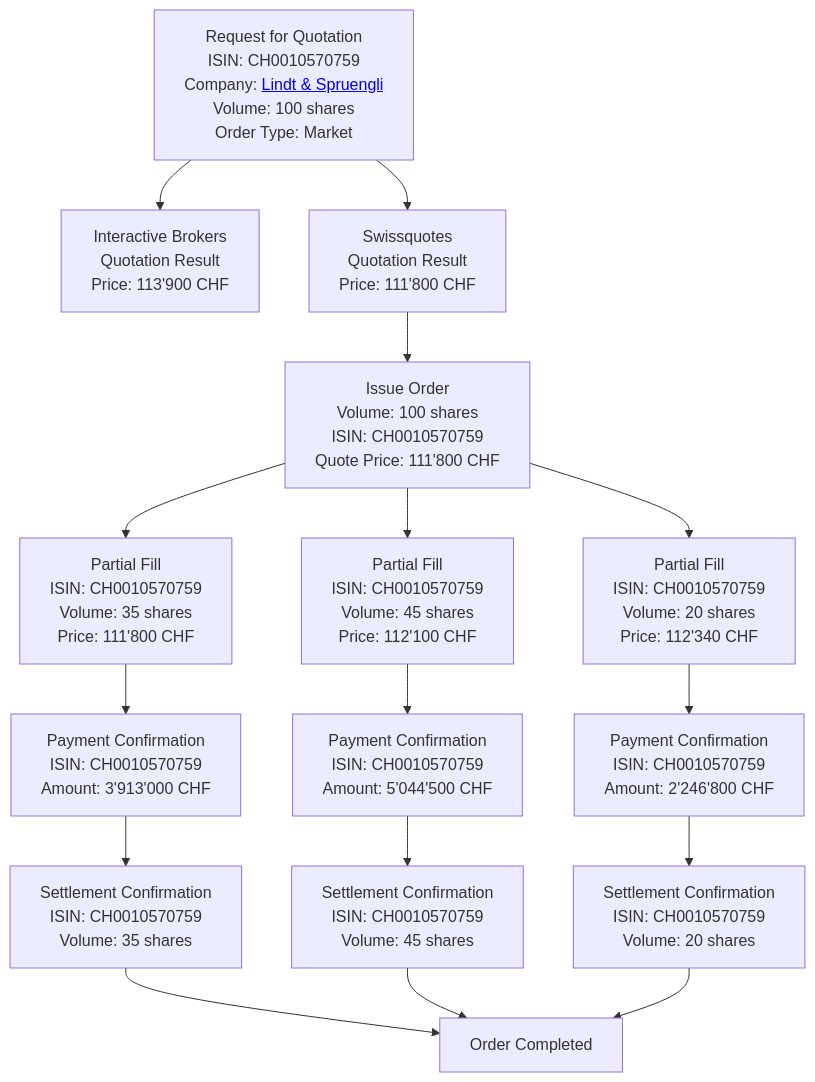
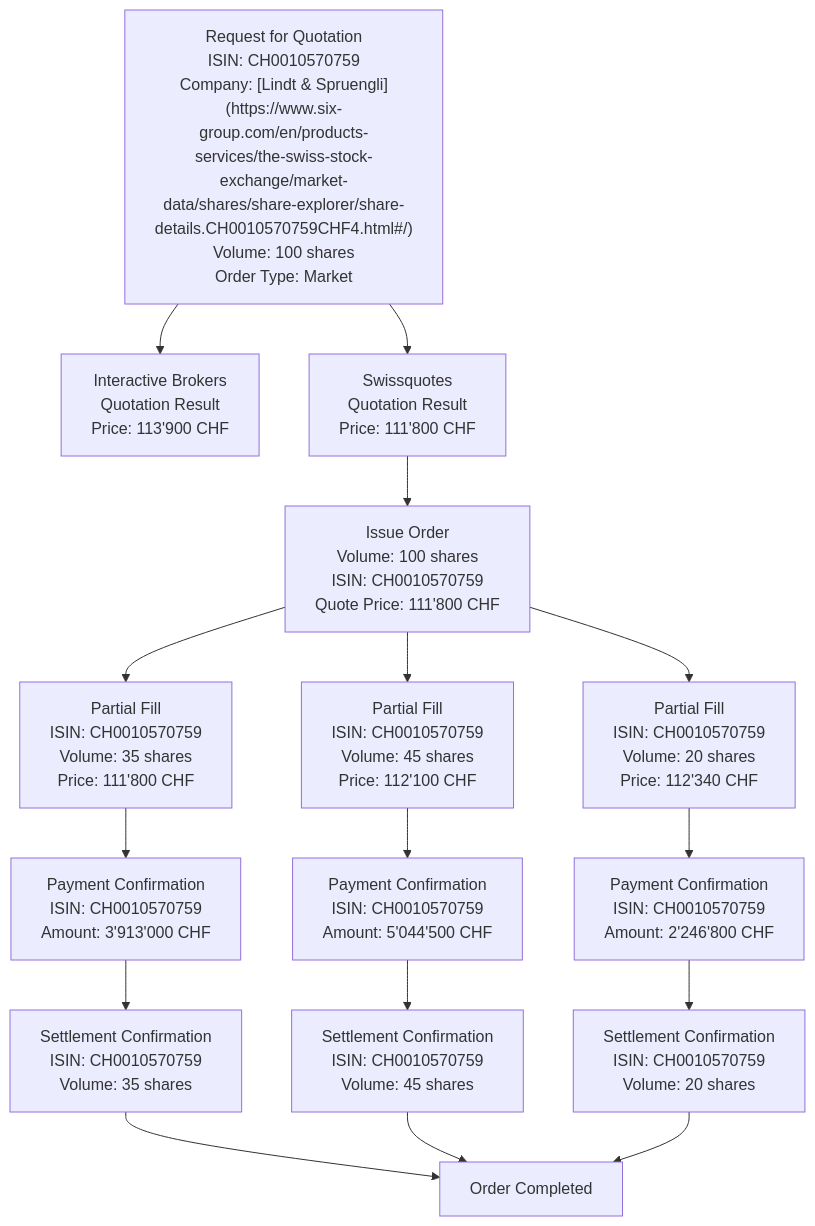
Before and after one commit to Ferris-Labs/engineering-challenge: the diagram in SX-Demo-COID.md, drawn with Mermaid.

Commit message:
Mermaid Rework

````diff
--- a/SX-Demo-COID.md
+++ b/SX-Demo-COID.md
@@ -17,18 +17,19 @@
 ```mermaid
 graph TB
-A[Request for Quotation<br/>ISIN: CH0010570759<br/>Company: <a href="https://www.six-group.com/en/products-services/the-swiss-stock-exchange/market-data/shares/share-explorer/share-details.CH0010570759CHF4.html#/">Lindt & Spruengli</a><br/>Volume: 100 shares<br/>Order Type: Market] --> D[Interactive Brokers<br/>Quotation Result<br/>Price: 113'900 CHF]
-A --> E[Swissquotes<br/>Quotation Result<br/>Price: 111'800 CHF]
-E --> G[Issue Order<br/>Volume: 100 shares<br/>ISIN: CH0010570759<br/>Quote Price: 111'800 CHF]
-G --> H[Partial Fill<br/>ISIN: CH0010570759<br/>Volume: 35 shares<br/>Price: 111'800 CHF]
-G --> I[Partial Fill<br/>ISIN: CH0010570759<br/>Volume: 45 shares<br/>Price: 112'100 CHF]
-G --> J[Partial Fill<br/>ISIN: CH0010570759<br/>Volume: 20 shares<br/>Price: 112'340 CHF]
-H --> K[Payment Confirmation<br/>ISIN: CH0010570759<br/>Amount: 3'913'000 CHF]
-I --> L[Payment Confirmation<br/>ISIN: CH0010570759<br/>Amount: 5'044'500 CHF]
-J --> M[Payment Confirmation<br/>ISIN: CH0010570759<br/>Amount: 2'246'800 CHF]
-K --> N[Settlement Confirmation<br/>ISIN: CH0010570759<br/>Volume: 35 shares]
-L --> O[Settlement Confirmation<br/>ISIN: CH0010570759<br/>Volume: 45 shares]
-M --> P[Settlement Confirmation<br/>ISIN: CH0010570759<br/>Volume: 20 shares]
-N --> Q[Order Completed]
-O --> Q
-P --> Q
+    A["Request for Quotation<br/>ISIN: CH0010570759<br/>Company: [Lindt & Spruengli](https://www.six-group.com/en/products-services/the-swiss-stock-exchange/market-data/shares/share-explorer/share-details.CH0010570759CHF4.html#/)<br/>Volume: 100 shares<br/>Order Type: Market"] --> D["Interactive Brokers<br/>Quotation Result<br/>Price: 113'900 CHF"]
+    A --> E["Swissquotes<br/>Quotation Result<br/>Price: 111'800 CHF"]
+    E --> G["Issue Order<br/>Volume: 100 shares<br/>ISIN: CH0010570759<br/>Quote Price: 111'800 CHF"]
+    G --> H["Partial Fill<br/>ISIN: CH0010570759<br/>Volume: 35 shares<br/>Price: 111'800 CHF"]
+    G --> I["Partial Fill<br/>ISIN: CH0010570759<br/>Volume: 45 shares<br/>Price: 112'100 CHF"]
+    G --> J["Partial Fill<br/>ISIN: CH0010570759<br/>Volume: 20 shares<br/>Price: 112'340 CHF"]
+    H --> K["Payment Confirmation<br/>ISIN: CH0010570759<br/>Amount: 3'913'000 CHF"]
+    I --> L["Payment Confirmation<br/>ISIN: CH0010570759<br/>Amount: 5'044'500 CHF"]
+    J --> M["Payment Confirmation<br/>ISIN: CH0010570759<br/>Amount: 2'246'800 CHF"]
+    K --> N["Settlement Confirmation<br/>ISIN: CH0010570759<br/>Volume: 35 shares"]
+    L --> O["Settlement Confirmation<br/>ISIN: CH0010570759<br/>Volume: 45 shares"]
+    M --> P["Settlement Confirmation<br/>ISIN: CH0010570759<br/>Volume: 20 shares"]
+    N --> Q["Order Completed"]
+    O --> Q
+    P --> Q
+    
 ```
````
